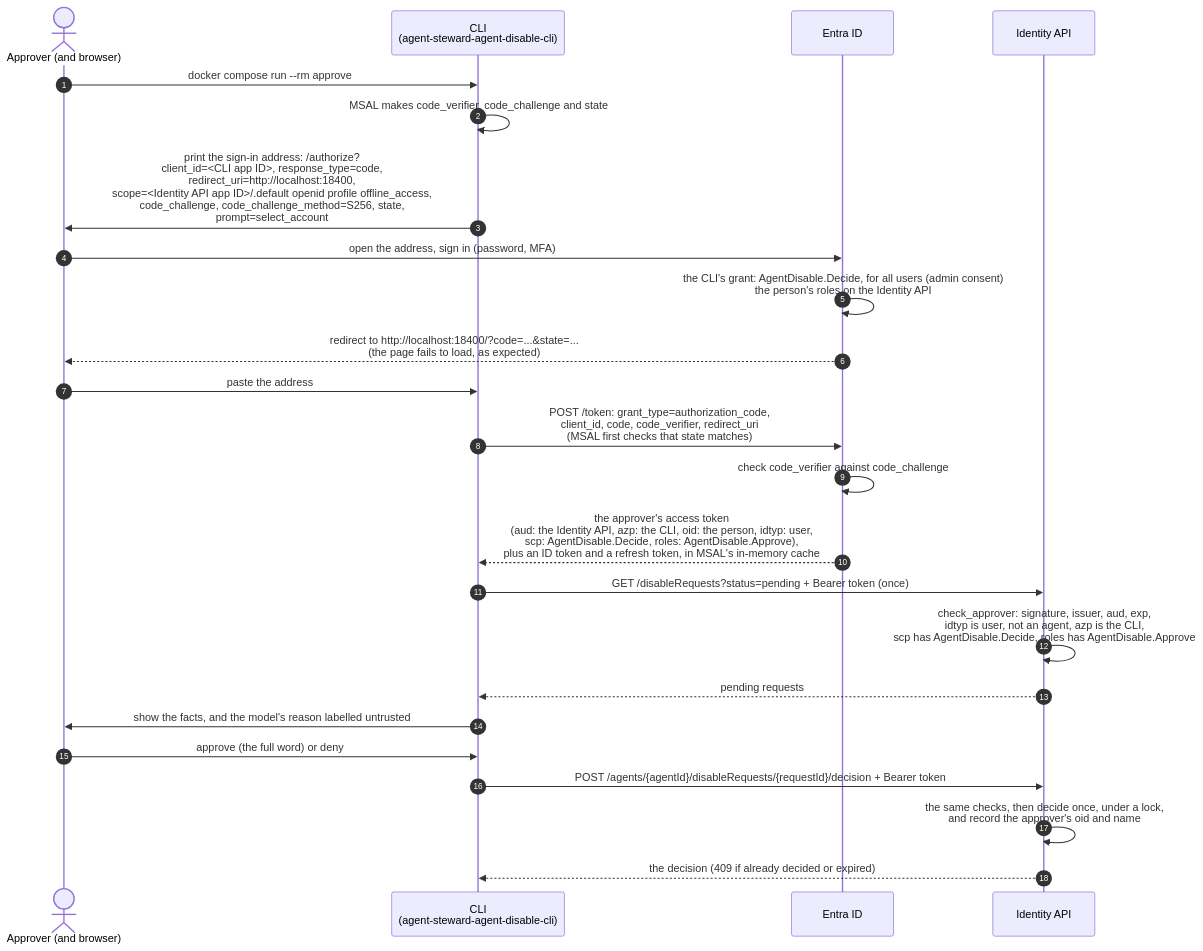
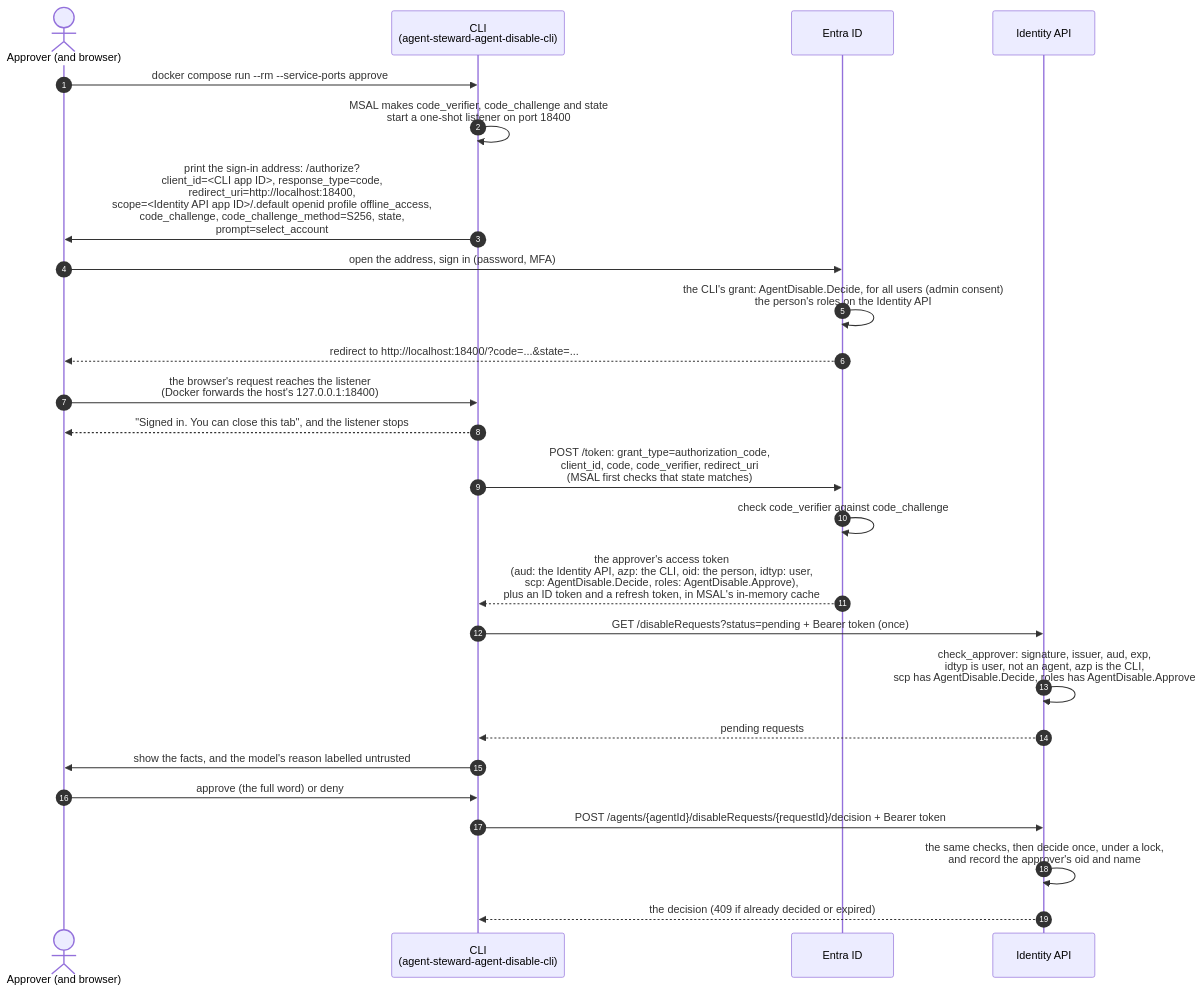
Before and after one commit to alireza-mpr/agent-steward: the fourth of 4 diagrams in docs/agent-steward-architecture.md, drawn with Mermaid. The commit also changed other lines of this file and 7 other files, not shown here.

First line of the commit message:
feat(approve-cli): catch the sign-in redirect with a listener; Enter skips

````diff
--- a/docs/agent-steward-architecture.md
+++ b/docs/agent-steward-architecture.md
@@ -291,29 +290,30 @@
 ```mermaid
 sequenceDiagram
     autonumber
     actor P as Approver (and browser)
     participant C as CLI<br/>(agent-steward-agent-disable-cli)
     participant E as Entra ID
     participant A as Identity API
 
-    P->>C: docker compose run --rm approve
-    C->>C: MSAL makes code_verifier, code_challenge and state
+    P->>C: docker compose run --rm --service-ports approve
+    C->>C: MSAL makes code_verifier, code_challenge and state<br/>start a one-shot listener on port 18400
     C->>P: print the sign-in address: /authorize?<br/>client_id=#lt;CLI app ID#gt;, response_type=code,<br/>redirect_uri=http://localhost:18400,<br/>scope=#lt;Identity API app ID#gt;/.default openid profile offline_access,<br/>code_challenge, code_challenge_method=S256, state,<br/>prompt=select_account
     P->>E: open the address, sign in (password, MFA)
     E->>E: the CLI's grant: AgentDisable.Decide, for all users (admin consent)<br/>the person's roles on the Identity API
-    E-->>P: redirect to http://localhost:18400/?code=...#amp;state=...<br/>(the page fails to load, as expected)
-    P->>C: paste the address
+    E-->>P: redirect to http://localhost:18400/?code=...#amp;state=...
+    P->>C: the browser's request reaches the listener<br/>(Docker forwards the host's 127.0.0.1:18400)
+    C-->>P: "Signed in. You can close this tab", and the listener stops
     C->>E: POST /token: grant_type=authorization_code,<br/>client_id, code, code_verifier, redirect_uri<br/>(MSAL first checks that state matches)
     E->>E: check code_verifier against code_challenge
     E-->>C: the approver's access token<br/>(aud: the Identity API, azp: the CLI, oid: the person, idtyp: user,<br/>scp: AgentDisable.Decide, roles: AgentDisable.Approve),<br/>plus an ID token and a refresh token, in MSAL's in-memory cache
 
     C->>A: GET /disableRequests?status=pending + Bearer token (once)
     A->>A: check_approver: signature, issuer, aud, exp,<br/>idtyp is user, not an agent, azp is the CLI,<br/>scp has AgentDisable.Decide, roles has AgentDisable.Approve
     A-->>C: pending requests
 
     C->>P: show the facts, and the model's reason labelled untrusted
     P->>C: approve (the full word) or deny
     C->>A: POST /agents/{agentId}/disableRequests/{requestId}/decision + Bearer token
     A->>A: the same checks, then decide once, under a lock,<br/>and record the approver's oid and name
     A-->>C: the decision (409 if already decided or expired)
 ```
````
